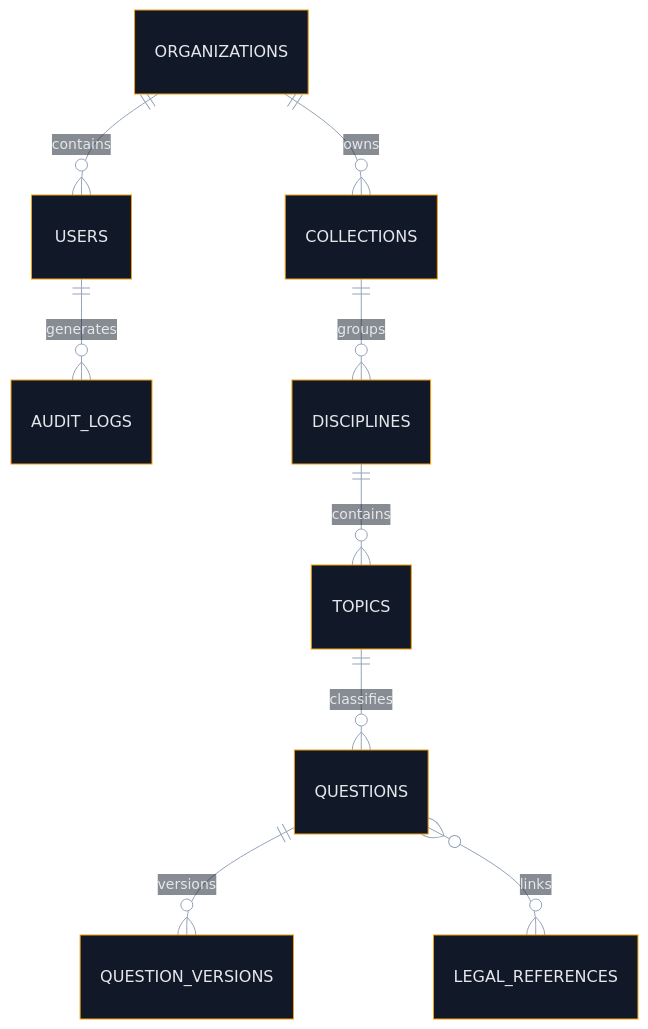
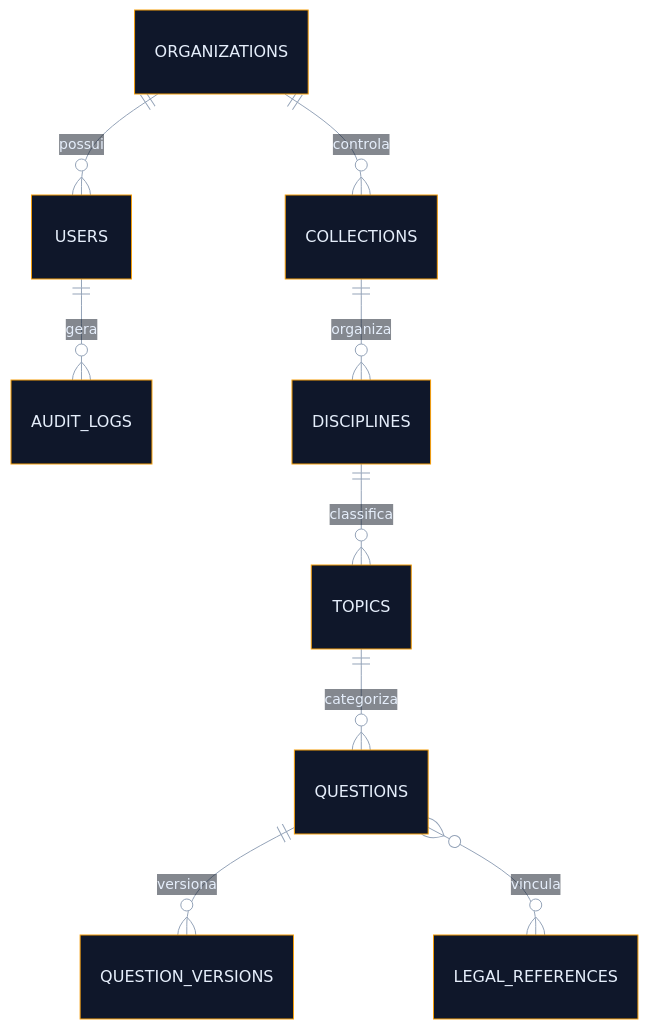
The seventh of 8 diagrams in README.md (matheusdiamantino-betalent/IA), drawn with Mermaid before and after one commit. The commit also changed other lines of this file, not shown here.

````diff
--- a/README.md
+++ b/README.md
@@ -1108,25 +907,25 @@
 ```mermaid
 %%{init: {
   "theme": "base",
   "themeVariables": {
-    "background": "#0b1220",
-    "primaryColor": "#111827",
-    "primaryTextColor": "#e5e7eb",
+    "background": "#07111d",
+    "primaryColor": "#0f172a",
+    "primaryTextColor": "#e5eefb",
     "primaryBorderColor": "#f59e0b",
-    "secondaryColor": "#0f172a",
-    "secondaryTextColor": "#e5e7eb",
-    "tertiaryColor": "#111827",
-    "tertiaryTextColor": "#e5e7eb",
+    "secondaryColor": "#111827",
+    "secondaryTextColor": "#e5eefb",
+    "tertiaryColor": "#0b1220",
+    "tertiaryTextColor": "#e5eefb",
     "lineColor": "#94a3b8"
   }
 }}%%
 erDiagram
-    ORGANIZATIONS ||--o{ USERS : contains
-    USERS ||--o{ AUDIT_LOGS : generates
-    ORGANIZATIONS ||--o{ COLLECTIONS : owns
-    COLLECTIONS ||--o{ DISCIPLINES : groups
-    DISCIPLINES ||--o{ TOPICS : contains
-    TOPICS ||--o{ QUESTIONS : classifies
-    QUESTIONS ||--o{ QUESTION_VERSIONS : versions
-    QUESTIONS }o--o{ LEGAL_REFERENCES : links
+    ORGANIZATIONS ||--o{ USERS : "possui"
+    USERS ||--o{ AUDIT_LOGS : "gera"
+    ORGANIZATIONS ||--o{ COLLECTIONS : "controla"
+    COLLECTIONS ||--o{ DISCIPLINES : "organiza"
+    DISCIPLINES ||--o{ TOPICS : "classifica"
+    TOPICS ||--o{ QUESTIONS : "categoriza"
+    QUESTIONS ||--o{ QUESTION_VERSIONS : "versiona"
+    QUESTIONS }o--o{ LEGAL_REFERENCES : "vincula"
 ```
````
